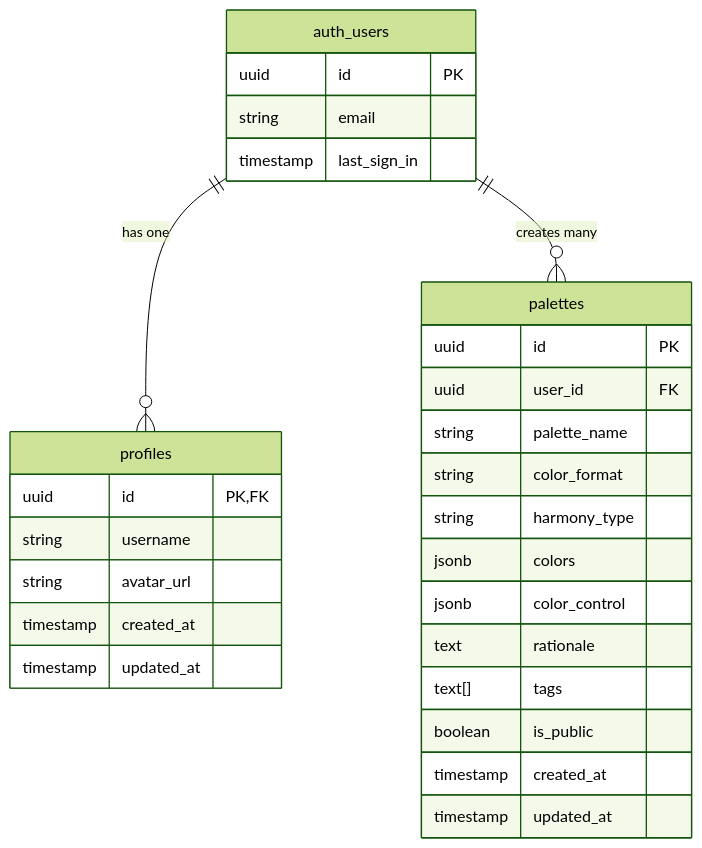
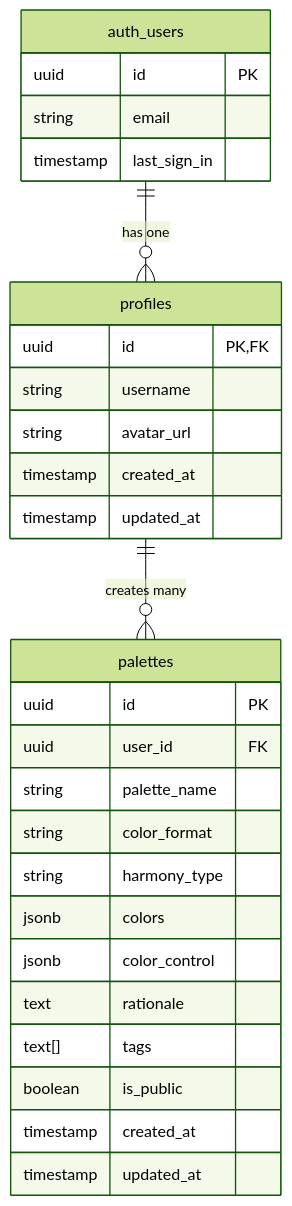
Before and after one commit to chrxsdev/color-genius-ai: the diagram in docs/design-doc/color-genius-ai.md, drawn with Mermaid (forest theme).

Commit message:
fix: update ER diagram to reflect correct relationship between profiles and palettes

````diff
--- a/docs/design-doc/color-genius-ai.md
+++ b/docs/design-doc/color-genius-ai.md
@@ -135,34 +135,34 @@
 ```mermaid
 erDiagram
     auth_users ||--o{ profiles : "has one"
-    auth_users ||--o{ palettes : "creates many"
+    profiles ||--o{ palettes : "creates many"
     
     auth_users {
         uuid id PK
         string email
         timestamp last_sign_in
     }
 
     profiles {
         uuid id PK,FK
         string username
         string avatar_url
         timestamp created_at
         timestamp updated_at
     }
 
     palettes {
         uuid id PK
         uuid user_id FK
         string palette_name
         string color_format
         string harmony_type
         jsonb colors
         jsonb color_control
         text rationale
         text[] tags
         boolean is_public
         timestamp created_at
         timestamp updated_at
     }
 ```
````
